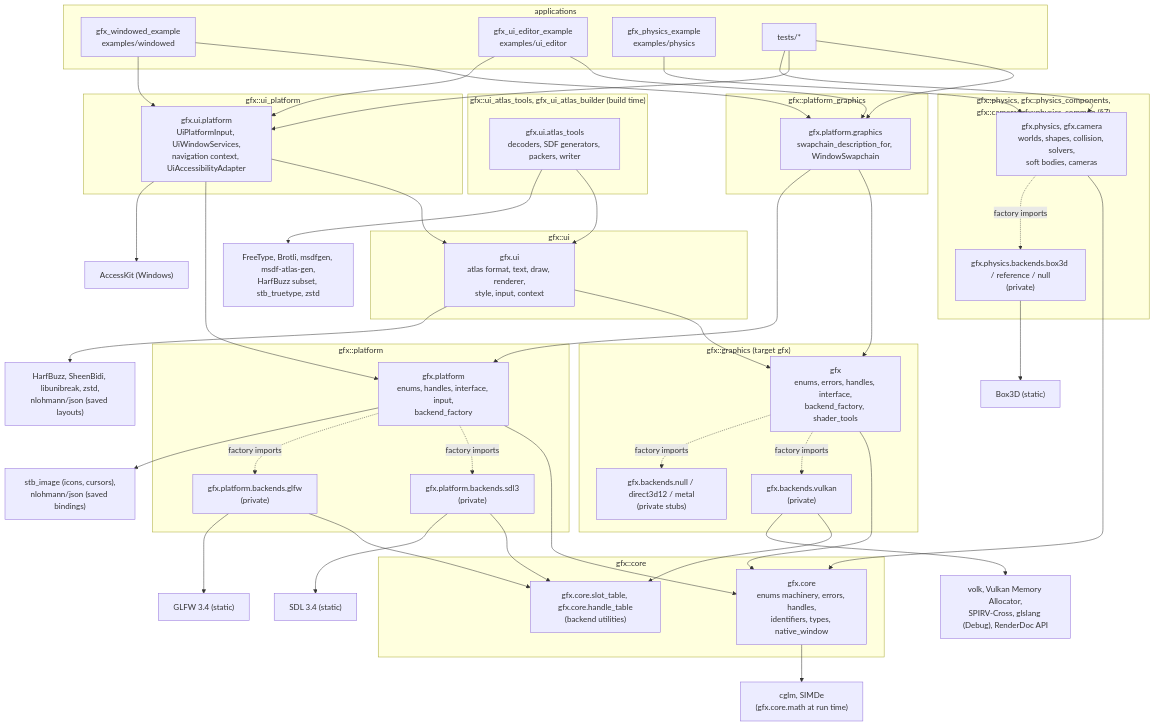
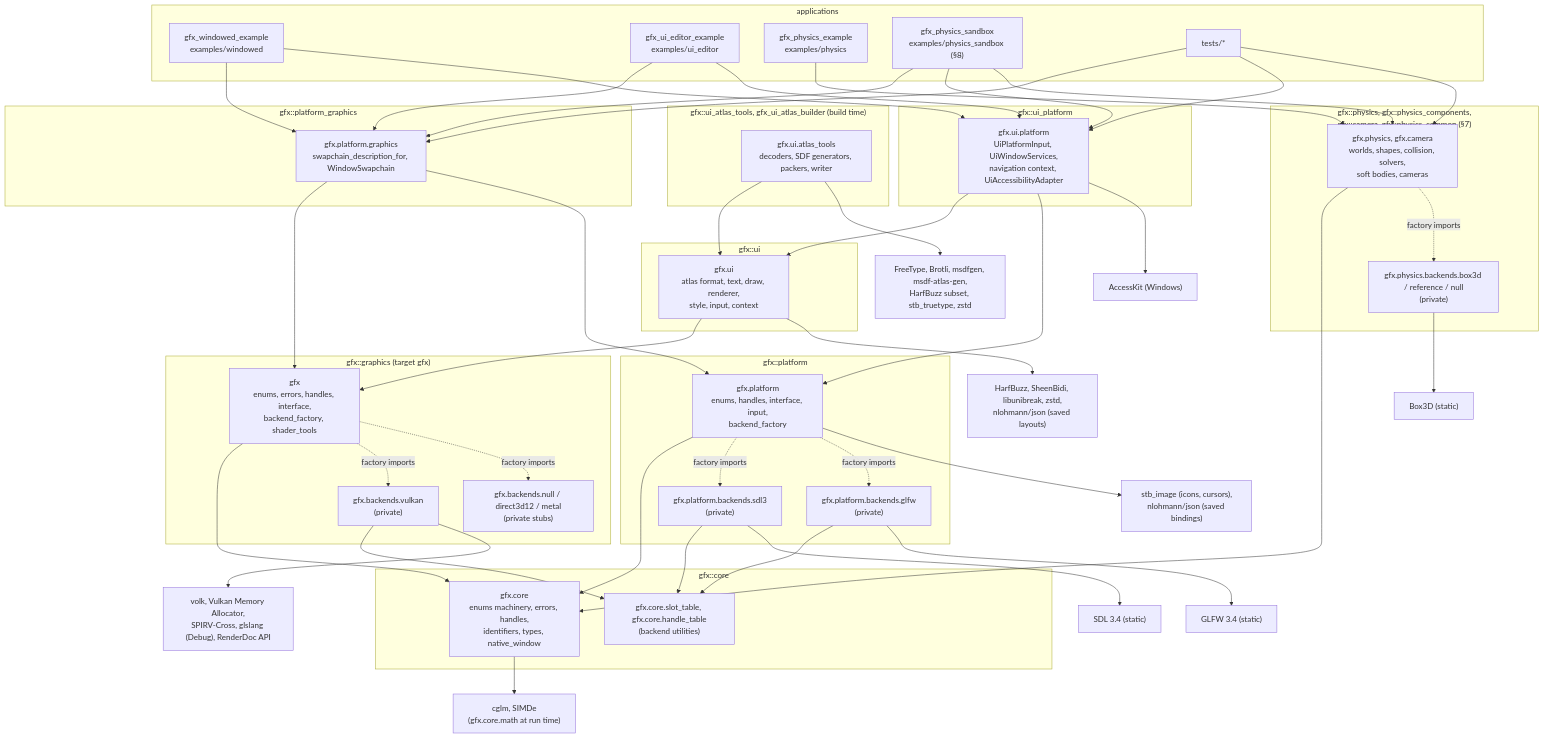
The first of 32 diagrams in docs/architecture.md (bueno-mhc/gfx), drawn with Mermaid before and after one commit. The commit also changed other lines of this file and 4 other files, not shown here.

````diff
--- a/docs/architecture.md
+++ b/docs/architecture.md
@@ -20,73 +21,77 @@
 ```mermaid
 flowchart TB
     subgraph app["applications"]
         example["gfx_windowed_example<br/>examples/windowed"]
         editor["gfx_ui_editor_example<br/>examples/ui_editor"]
         physics_example["gfx_physics_example<br/>examples/physics"]
+        sandbox["gfx_physics_sandbox<br/>examples/physics_sandbox (§8)"]
         tests["tests/*"]
     end
     subgraph ui_platform_lib["gfx::ui_platform"]
         ui_platform["gfx.ui.platform<br/>UiPlatformInput, UiWindowServices,<br/>navigation context, UiAccessibilityAdapter"]
     end
     subgraph ui_lib["gfx::ui"]
         ui["gfx.ui<br/>atlas format, text, draw, renderer,<br/>style, input, context"]
     end
     subgraph tools_lib["gfx::ui_atlas_tools, gfx_ui_atlas_builder (build time)"]
         atlas_tools["gfx.ui.atlas_tools<br/>decoders, SDF generators, packers, writer"]
     end
     subgraph bridge_lib["gfx::platform_graphics"]
         bridge["gfx.platform.graphics<br/>swapchain_description_for, WindowSwapchain"]
     end
     subgraph graphics_lib["gfx::graphics (target gfx)"]
         gfx_module["gfx<br/>enums, errors, handles, interface,<br/>backend_factory, shader_tools"]
         vulkan["gfx.backends.vulkan<br/>(private)"]
         graphics_stubs["gfx.backends.null / direct3d12 / metal<br/>(private stubs)"]
     end
     subgraph platform_lib["gfx::platform"]
         platform_module["gfx.platform<br/>enums, handles, interface, input,<br/>backend_factory"]
         sdl3["gfx.platform.backends.sdl3<br/>(private)"]
         glfw["gfx.platform.backends.glfw<br/>(private)"]
     end
     subgraph physics_libs["gfx::physics, gfx::physics_components,<br/>gfx::camera, gfx::physics_common (§7)"]
         physics_modules["gfx.physics, gfx.camera<br/>worlds, shapes, collision, solvers,<br/>soft bodies, cameras"]
         physics_backends["gfx.physics.backends.box3d / reference / null<br/>(private)"]
     end
     subgraph core_lib["gfx::core"]
         core["gfx.core<br/>enums machinery, errors, handles,<br/>identifiers, types, native_window"]
         tables["gfx.core.slot_table, gfx.core.handle_table<br/>(backend utilities)"]
     end
     example --> bridge
     example --> ui_platform
     editor --> bridge
     editor --> ui_platform
     tests --> bridge
     tests --> ui_platform
     tests --> physics_modules
     physics_example --> physics_modules
+    sandbox --> bridge
+    sandbox --> ui_platform
+    sandbox --> physics_modules
     physics_modules --> core
     physics_modules -.->|factory imports| physics_backends
     physics_backends --> third_box3d["Box3D (static)"]
     core --> third_math["cglm, SIMDe<br/>(gfx.core.math at run time)"]
     ui_platform --> ui
     ui_platform --> platform_module
     ui --> gfx_module
     atlas_tools --> ui
     ui --> third_ui["HarfBuzz, SheenBidi, libunibreak, zstd,<br/>nlohmann/json (saved layouts)"]
     ui_platform --> third_accesskit["AccessKit (Windows)"]
     atlas_tools --> third_tools["FreeType, Brotli, msdfgen, msdf-atlas-gen,<br/>HarfBuzz subset, stb_truetype, zstd"]
     bridge --> gfx_module
     bridge --> platform_module
     gfx_module --> core
     platform_module --> core
     gfx_module -.->|factory imports| vulkan
     gfx_module -.->|factory imports| graphics_stubs
     platform_module -.->|factory imports| sdl3
     platform_module -.->|factory imports| glfw
     vulkan --> tables
     sdl3 --> tables
     glfw --> tables
     vulkan --> third_graphics["volk, Vulkan Memory Allocator,<br/>SPIRV-Cross, glslang (Debug), RenderDoc API"]
     sdl3 --> third_sdl["SDL 3.4 (static)"]
     glfw --> third_glfw["GLFW 3.4 (static)"]
     platform_module --> third_platform["stb_image (icons, cursors),<br/>nlohmann/json (saved bindings)"]
 ```
````
